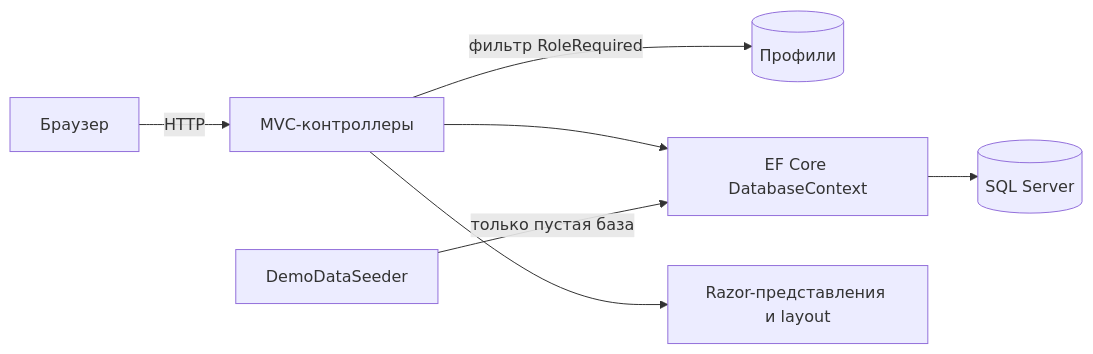
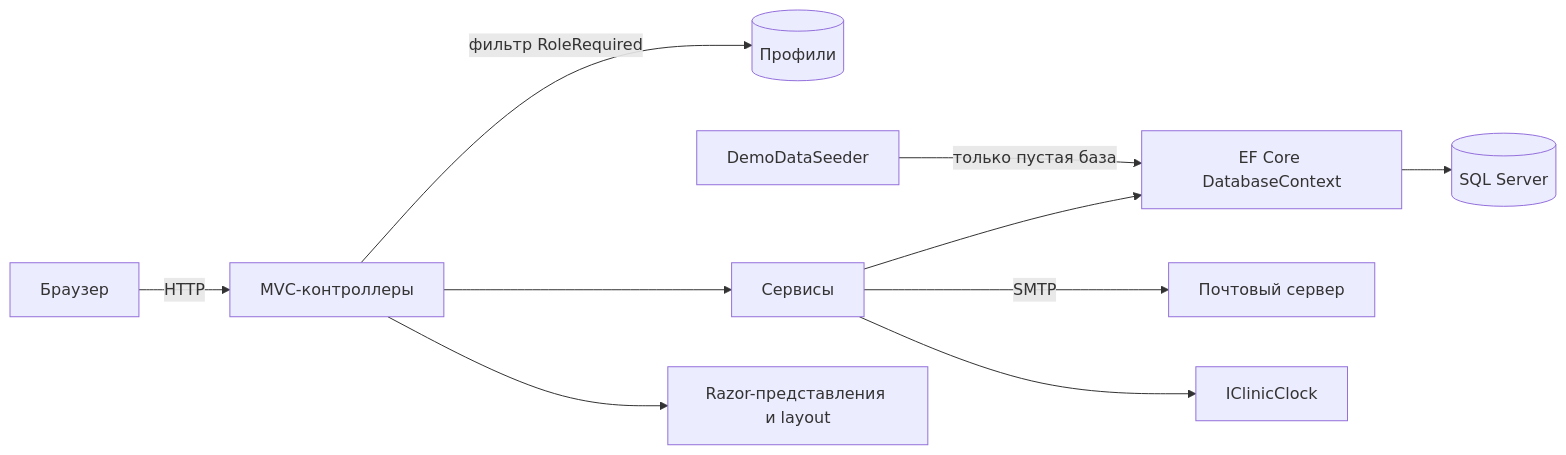
The first of 2 diagrams in README.ru.md (DogNellaf/aurora-dent), drawn with Mermaid before and after one commit. The commit also changed other lines of this file and 17 other files, not shown here.

````diff
--- a/README.ru.md
+++ b/README.ru.md
@@ -127,9 +152,12 @@
 ```mermaid
 flowchart LR
     U[Браузер] -->|HTTP| C[MVC-контроллеры]
     C -->|фильтр RoleRequired| P[(Профили)]
-    C --> D[EF Core DatabaseContext]
+    C --> S[Сервисы]
+    S --> D[EF Core DatabaseContext]
     D --> DB[(SQL Server)]
-    S[DemoDataSeeder] -->|только пустая база| D
+    S -->|SMTP| M[Почтовый сервер]
+    S --> K[IClinicClock]
+    G[DemoDataSeeder] -->|только пустая база| D
     C --> V[Razor-представления и layout]
 ```
````
